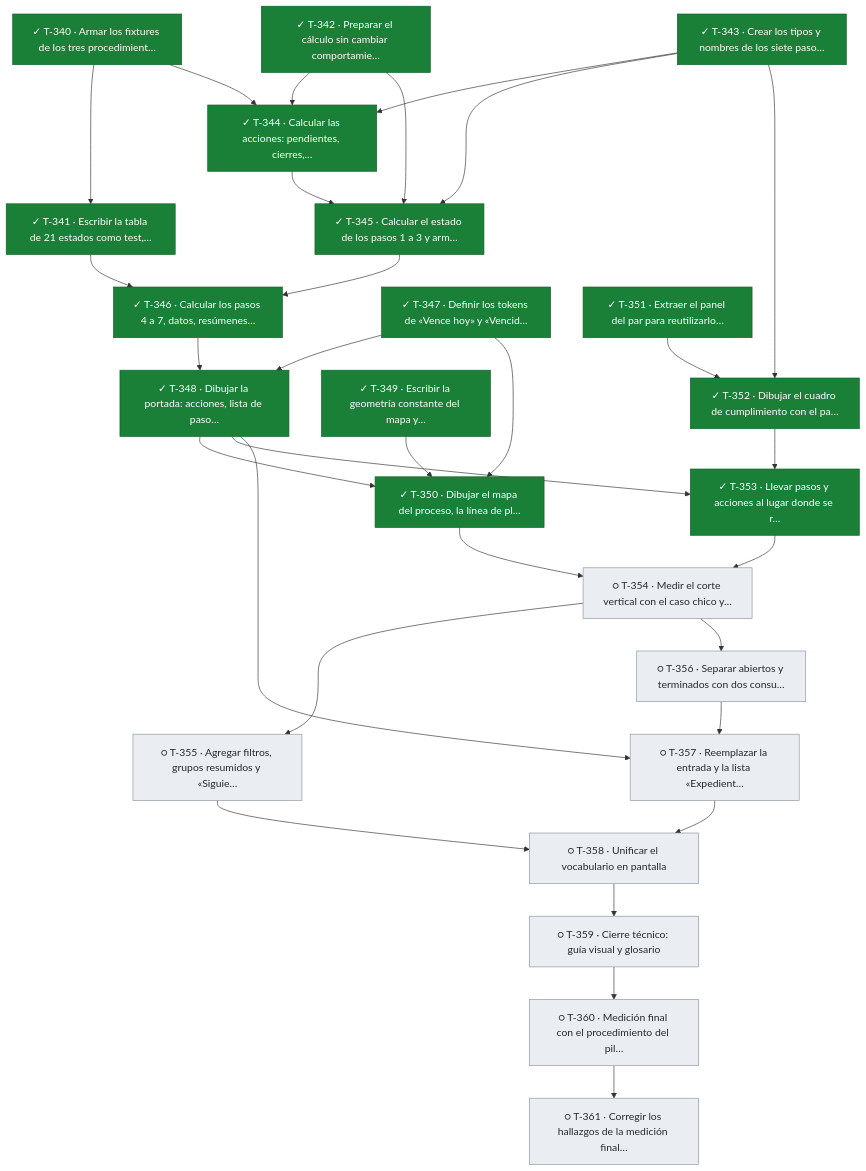
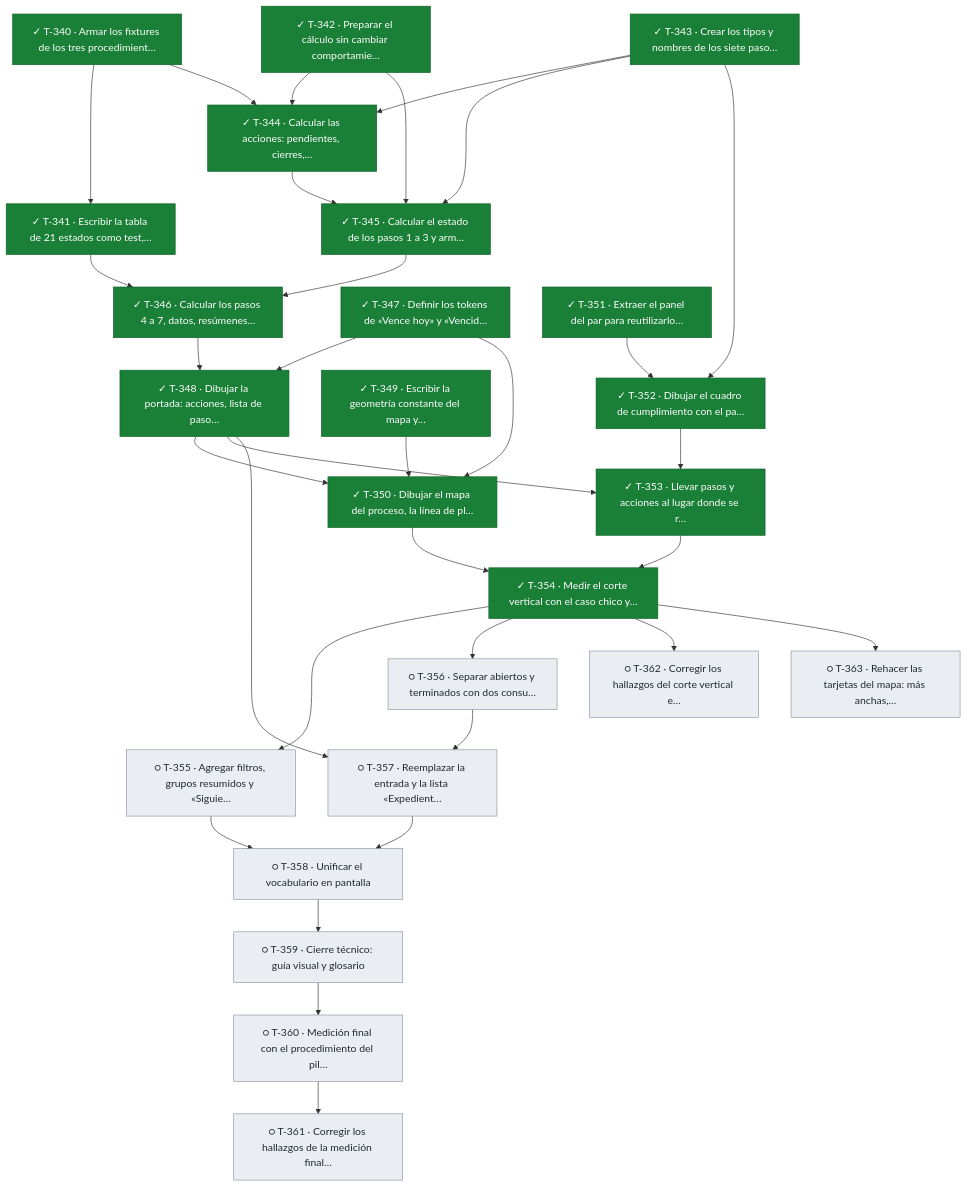
One commit to snavello/EVALUON changed diagram 25 of 25 in docs/tablero.md. Above: the diagram before and after it, drawn with Mermaid. The commit also changed other lines of this file and 1 other file, not shown here.

Commit message:
gestión: T-354 terminada (medición del corte vertical), avisos y tablero

````diff
--- a/docs/tablero.md
+++ b/docs/tablero.md
@@ -1922,59 +1924,63 @@
 ```mermaid
 flowchart TD
   T340["✓ T-340 · Armar los fixtures de los tres procedimient…"]:::done
   T341["✓ T-341 · Escribir la tabla de 21 estados como test,…"]:::done
   T342["✓ T-342 · Preparar el cálculo sin cambiar comportamie…"]:::done
   T343["✓ T-343 · Crear los tipos y nombres de los siete paso…"]:::done
   T344["✓ T-344 · Calcular las acciones: pendientes, cierres,…"]:::done
   T345["✓ T-345 · Calcular el estado de los pasos 1 a 3 y arm…"]:::done
   T346["✓ T-346 · Calcular los pasos 4 a 7, datos, resúmenes…"]:::done
   T347["✓ T-347 · Definir los tokens de «Vence hoy» y «Vencid…"]:::done
   T348["✓ T-348 · Dibujar la portada: acciones, lista de paso…"]:::done
   T349["✓ T-349 · Escribir la geometría constante del mapa y…"]:::done
   T350["✓ T-350 · Dibujar el mapa del proceso, la línea de pl…"]:::done
   T351["✓ T-351 · Extraer el panel del par para reutilizarlo…"]:::done
   T352["✓ T-352 · Dibujar el cuadro de cumplimiento con el pa…"]:::done
   T353["✓ T-353 · Llevar pasos y acciones al lugar donde se r…"]:::done
-  T354["○ T-354 · Medir el corte vertical con el caso chico y…"]:::todo
+  T354["✓ T-354 · Medir el corte vertical con el caso chico y…"]:::done
   T355["○ T-355 · Agregar filtros, grupos resumidos y «Siguie…"]:::todo
   T356["○ T-356 · Separar abiertos y terminados con dos consu…"]:::todo
   T357["○ T-357 · Reemplazar la entrada y la lista «Expedient…"]:::todo
   T358["○ T-358 · Unificar el vocabulario en pantalla"]:::todo
   T359["○ T-359 · Cierre técnico: guía visual y glosario"]:::todo
   T360["○ T-360 · Medición final con el procedimiento del pil…"]:::todo
   T361["○ T-361 · Corregir los hallazgos de la medición final…"]:::todo
+  T362["○ T-362 · Corregir los hallazgos del corte vertical e…"]:::todo
+  T363["○ T-363 · Rehacer las tarjetas del mapa: más anchas,…"]:::todo
   T340 --> T341
   T340 --> T344
   T342 --> T344
   T343 --> T344
   T342 --> T345
   T343 --> T345
   T344 --> T345
   T341 --> T346
   T345 --> T346
   T346 --> T348
   T347 --> T348
   T347 --> T350
   T348 --> T350
   T349 --> T350
   T343 --> T352
   T351 --> T352
   T348 --> T353
   T352 --> T353
   T350 --> T354
   T353 --> T354
   T354 --> T355
   T354 --> T356
   T348 --> T357
   T356 --> T357
   T355 --> T358
   T357 --> T358
   T358 --> T359
   T359 --> T360
   T360 --> T361
+  T354 --> T362
+  T354 --> T363
   classDef done fill:#1a7f37,stroke:#116329,color:#ffffff
   classDef review fill:#0969da,stroke:#0550ae,color:#ffffff
   classDef active fill:#bf8700,stroke:#7d4e00,color:#ffffff
   classDef blocked fill:#cf222e,stroke:#a40e26,color:#ffffff
   classDef todo fill:#eaeef2,stroke:#8c959f,color:#24292f
 ```
````
